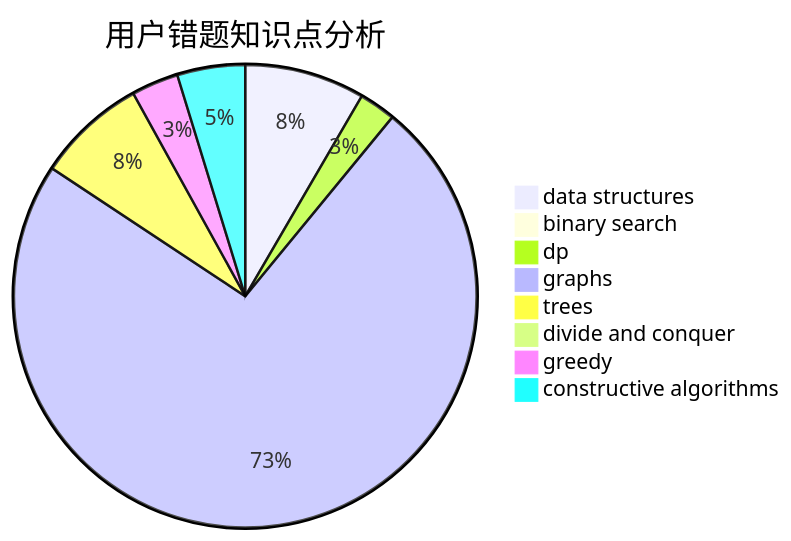
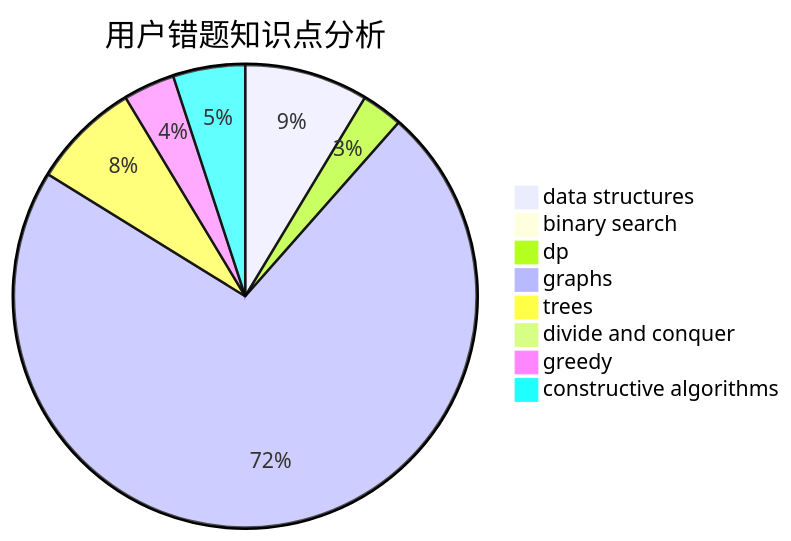
One commit to sherpahu/cfrs.github.io changed the third of 3 diagrams in docs/user/u610.md. Above: the diagram before and after it, drawn with Mermaid. The commit also changed other lines of this file and 2770 other files, not shown here.

````diff
--- a/docs/user/u610.md
+++ b/docs/user/u610.md
@@ -36,11 +36,11 @@
 ```mermaid
 pie title 用户错题知识点分析
-    "data structures" :  23
+    "data structures" :  24
     "binary search" :  0
-    "dp" :  7
+    "dp" :  8
     "graphs" :  201
     "trees" :  21
     "divide and conquer" :  2
-    "greedy" :  9
-    "constructive algorithms" :  13
+    "greedy" :  10
+    "constructive algorithms" :  14
 ```
````
